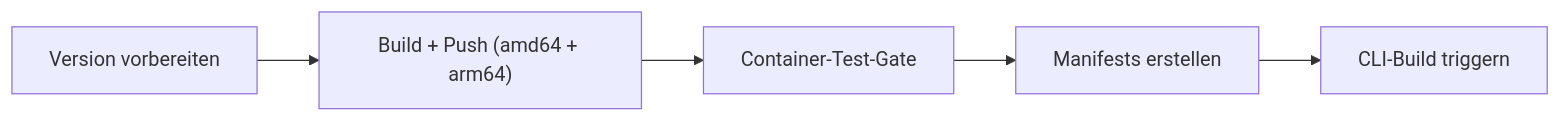
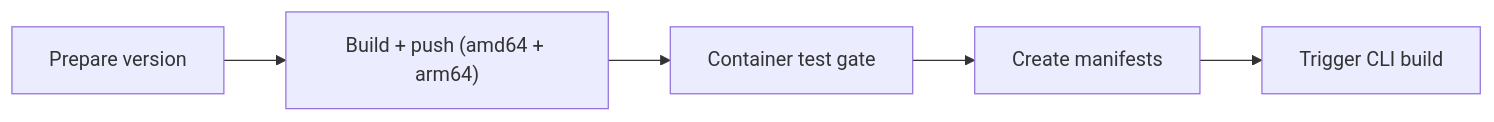
Before and after one commit to tale-project/tale: the second of 2 diagrams in docs/de-CH/develop/contributing-docker.md, drawn with Mermaid. The commit also changed other lines of this file and 329 other files, not shown here.

````diff
--- a/docs/de-CH/develop/contributing-docker.md
+++ b/docs/de-CH/develop/contributing-docker.md
@@ -184,7 +185,7 @@
 ```mermaid
 graph LR
-    A["Version vorbereiten"] --> B["Build + Push (amd64 + arm64)"]
-    B --> C["Container-Test-Gate"]
-    C --> D["Manifests erstellen"]
-    D --> E["CLI-Build triggern"]
+    A["Prepare version"] --> B["Build + push (amd64 + arm64)"]
+    B --> C["Container test gate"]
+    C --> D["Create manifests"]
+    D --> E["Trigger CLI build"]
 ```
````
